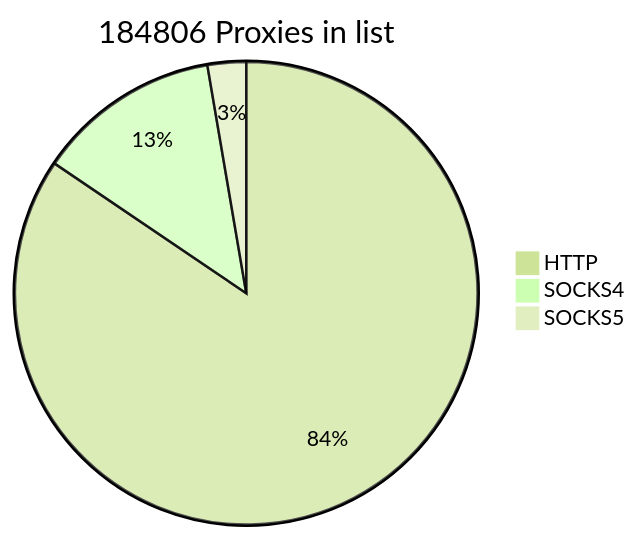
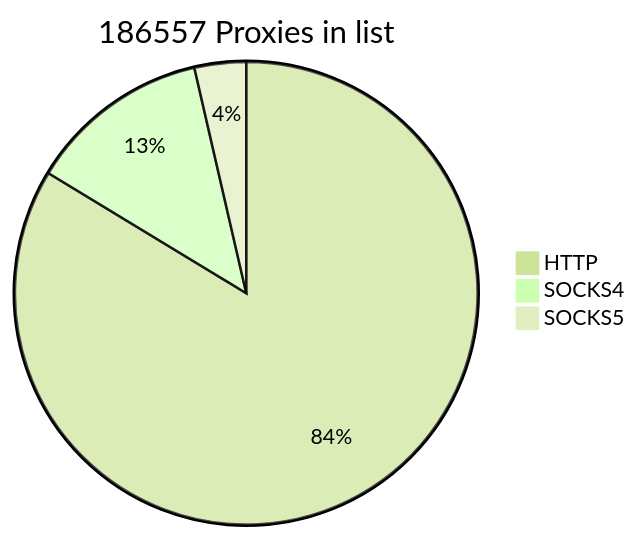
Before and after one commit to cutipu/proxylist: the first of 2 diagrams in README.md, drawn with Mermaid (forest theme). The commit also changed other lines of this file, not shown here.

````diff
--- a/README.md
+++ b/README.md
@@ -2,7 +2,7 @@
 ```mermaid
-pie title 184806 Proxies in list
+pie title 186557 Proxies in list
     "HTTP" : 156111
-    "SOCKS4" : 23721
-    "SOCKS5" : 4974
+    "SOCKS4" : 23723
+    "SOCKS5" : 6723
             
 ```
````
